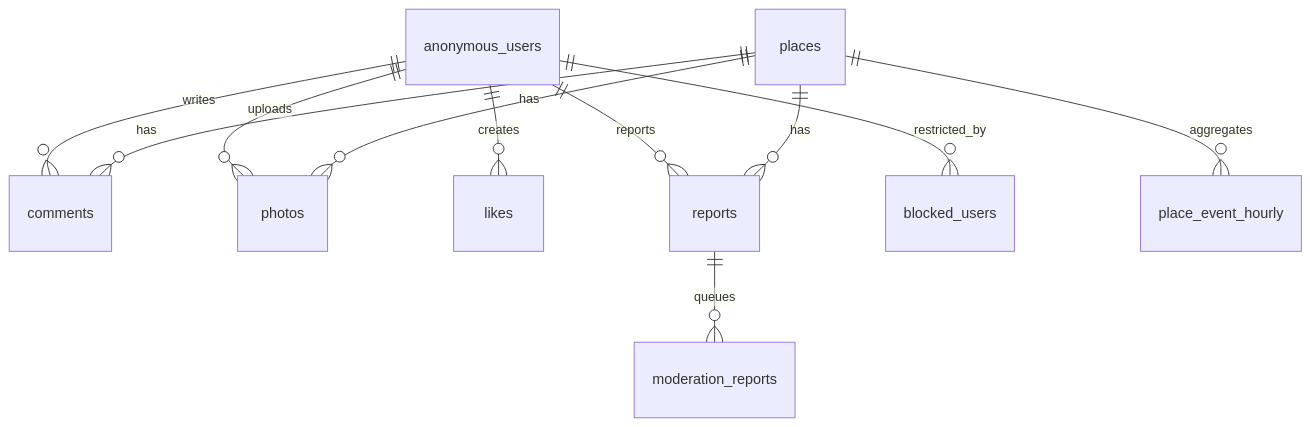
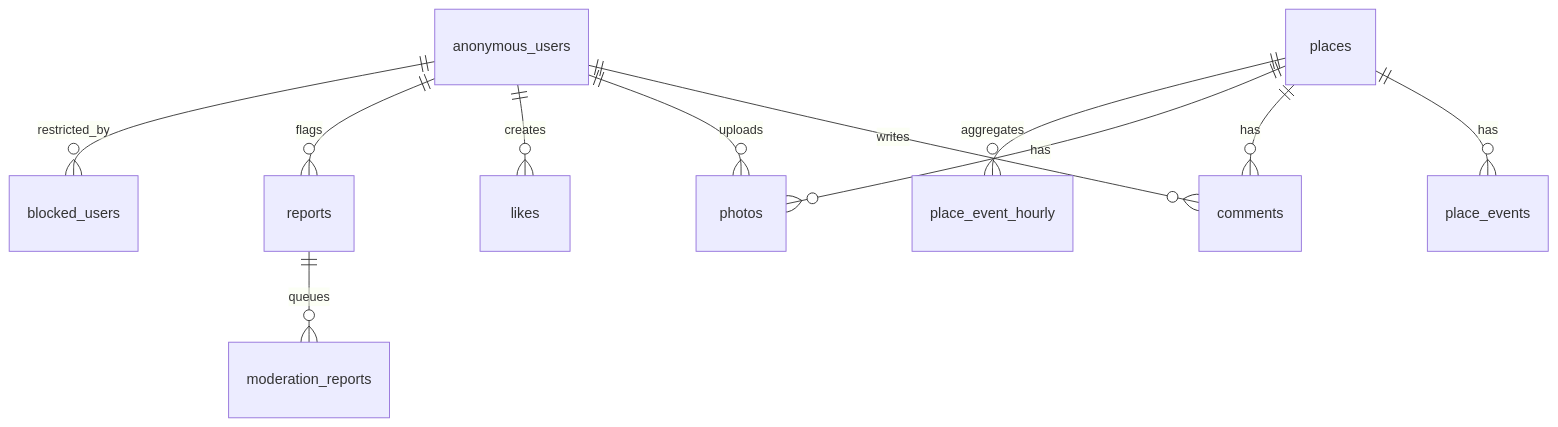
One commit to dudqks0319-cpu/silsigan-place-sns changed the diagram in _workspace/03_db_schema.md. Above: the diagram before and after it, drawn with Mermaid. The commit also changed other lines of this file, not shown here.

Commit message:
Align schema docs with field report storage

````diff
--- a/_workspace/03_db_schema.md
+++ b/_workspace/03_db_schema.md
@@ -5,13 +5,13 @@
 ```mermaid
 erDiagram
   anonymous_users ||--o{ comments : writes
   anonymous_users ||--o{ photos : uploads
   anonymous_users ||--o{ likes : creates
-  anonymous_users ||--o{ reports : reports
+  anonymous_users ||--o{ reports : flags
   anonymous_users ||--o{ blocked_users : restricted_by
   reports ||--o{ moderation_reports : queues
-  places ||--o{ reports : has
+  places ||--o{ place_events : has
   places ||--o{ comments : has
   places ||--o{ photos : has
   places ||--o{ place_event_hourly : aggregates
 ```
````
